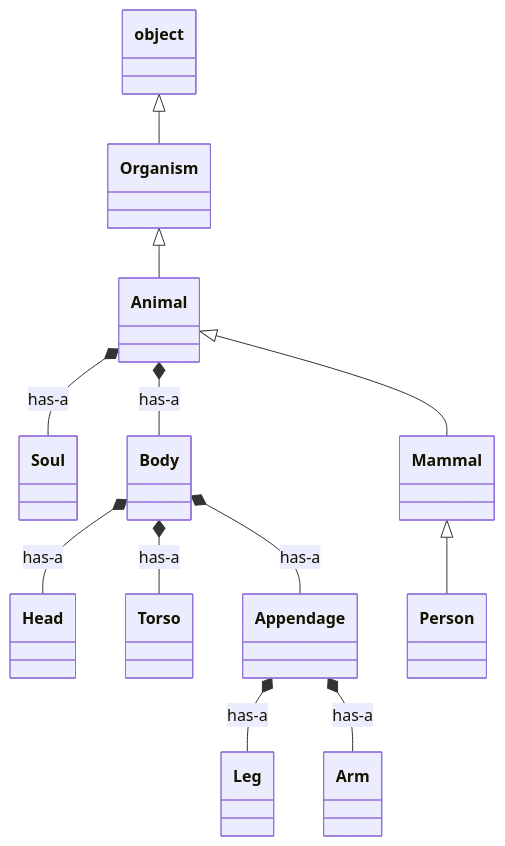
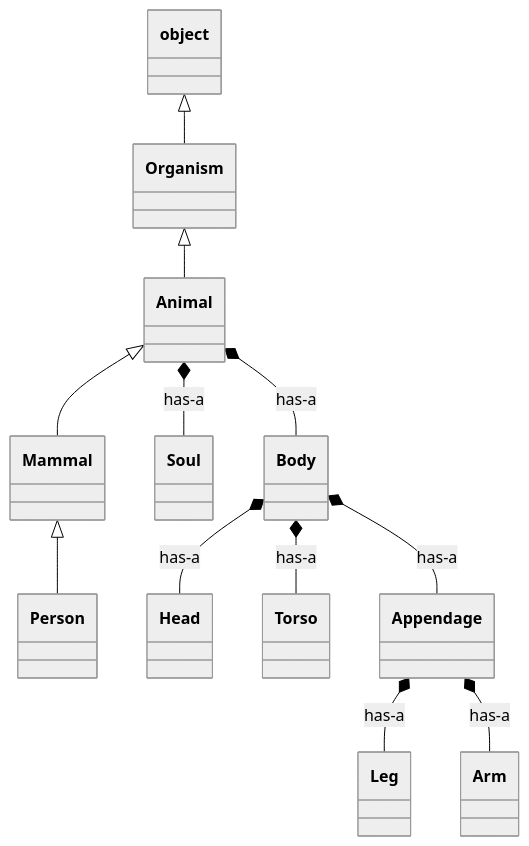
The third of 4 diagrams in instruction/object-oriented-design/object-oriented-design.md (softwareconstruction240/softwareconstruction), drawn with Mermaid before and after one commit. The commit also changed other lines of this file, not shown here.

Commit message:
update(Object Oriented Design)

````diff
--- a/instruction/object-oriented-design/object-oriented-design.md
+++ b/instruction/object-oriented-design/object-oriented-design.md
@@ -110,30 +110,20 @@
 ```mermaid
+%%{init: { 'theme': 'neutral', 'themeVariables': { 'lineColor': '#000000', 'primaryTextColor': '#000000', 'actorBorder': '#000000', 'participantBorder': '#000000', 'noteBorderColor': '#000000' } }}%%
+
+
 classDiagram
-    class object
-    class Organism
-    class Animal
-    class Soul
-    class Body
-    class Head
-    class Torso
-    class Appendage
-    class Leg
-    class Arm
-    class Mammal
-    class Person
-
     object <|-- Organism
     Organism <|-- Animal
     Animal <|-- Mammal
     Mammal <|-- Person
 
     Animal *-- Soul : has-a
     Animal *-- Body : has-a
 
     Body *-- Head : has-a
     Body *-- Torso : has-a
     Body *-- Appendage : has-a
 
     Appendage *-- Leg : has-a
     Appendage *-- Arm : has-a
 ```
````
